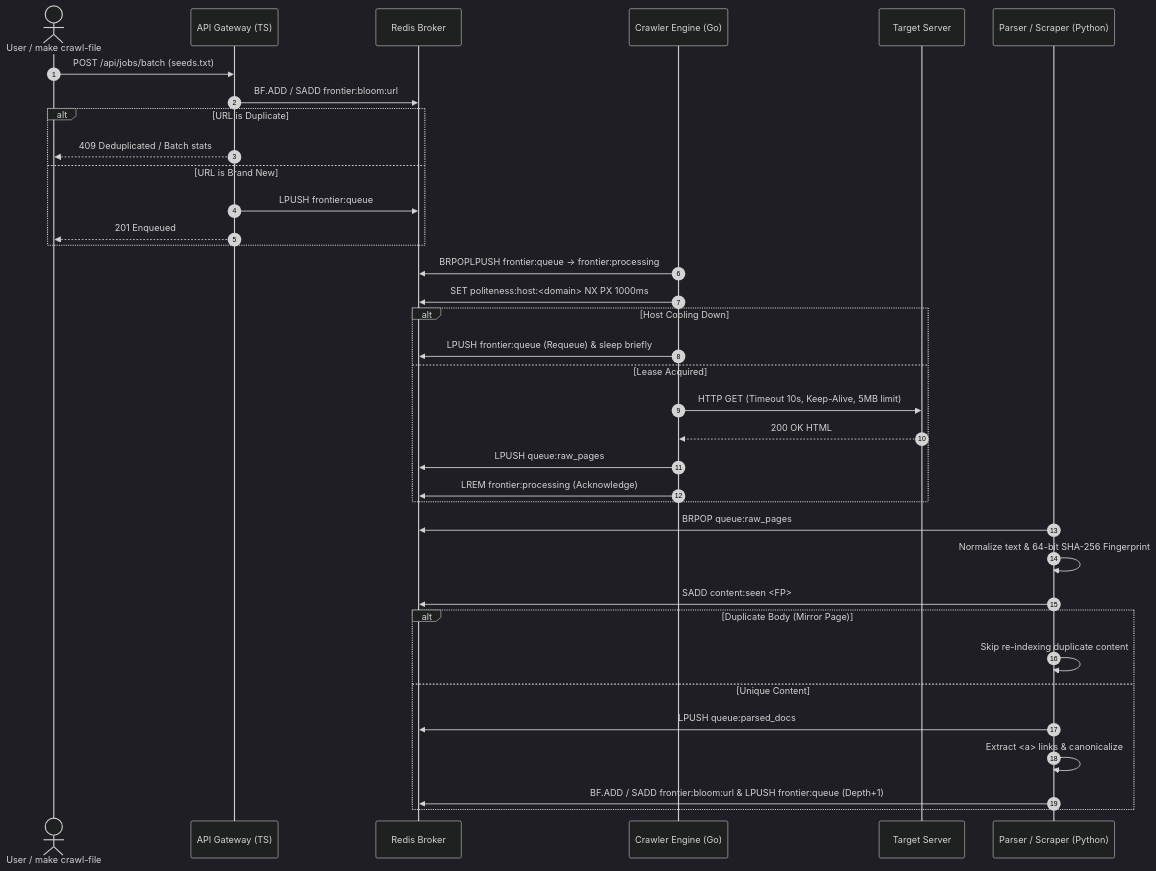
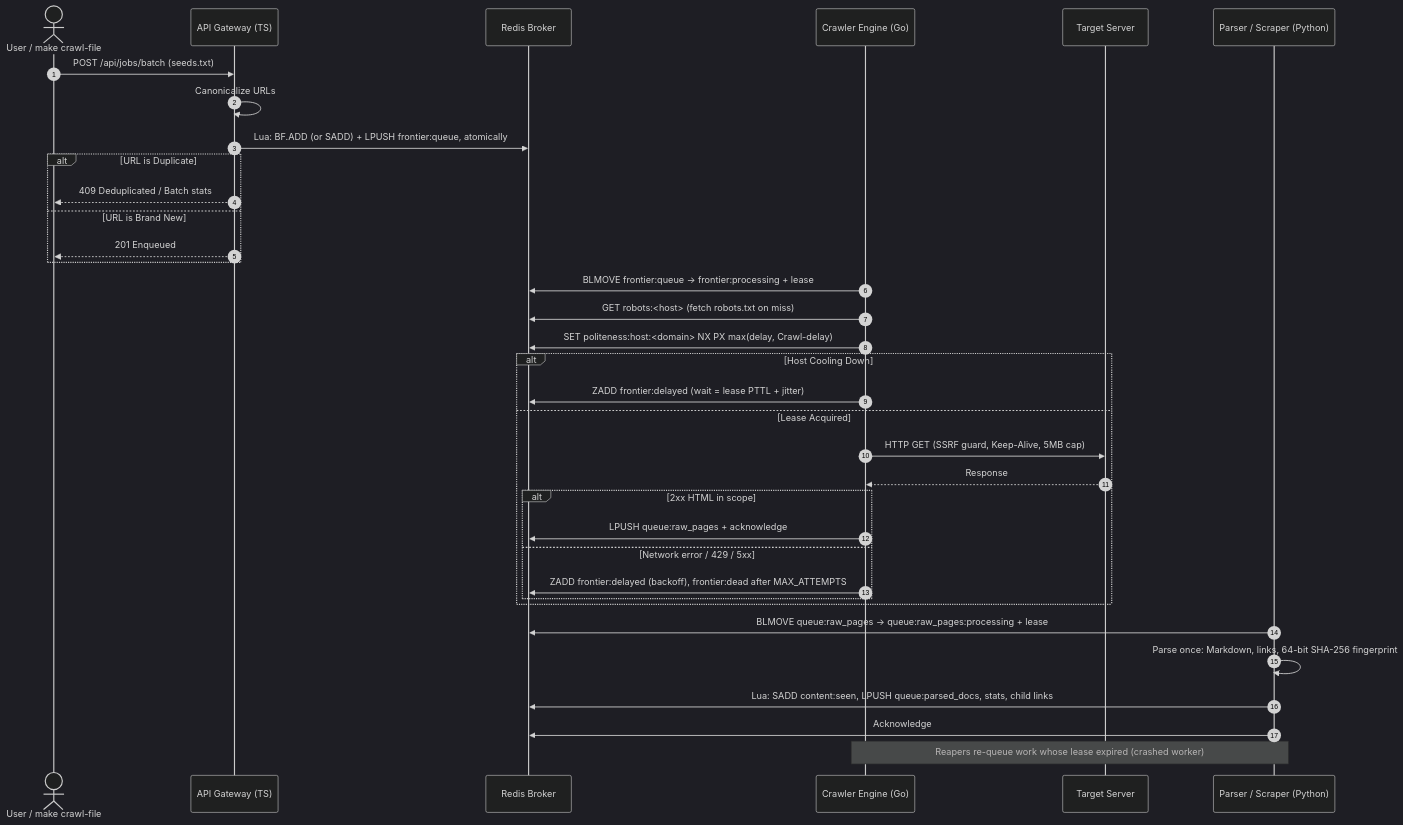
One commit to mahanmntz/webcrawlerhttp changed the second of 2 diagrams in README.md. Above: the diagram before and after it, drawn with Mermaid (dark theme). The commit also changed other lines of this file and 7 other files, not shown here.

Commit message:
chore: Redis image with Bloom support, Dockerfile fixes, TUI metrics, updated docs

````diff
--- a/README.md
+++ b/README.md
@@ -88,41 +88,40 @@
 ```mermaid
 sequenceDiagram
     autonumber
     actor User as User / make crawl-file
     participant Gateway as API Gateway (TS)
     participant Redis as Redis Broker
     participant Go as Crawler Engine (Go)
     participant Web as Target Server
     participant Py as Parser / Scraper (Python)
 
     User->>Gateway: POST /api/jobs/batch (seeds.txt)
-    Gateway->>Redis: BF.ADD / SADD frontier:bloom:url
+    Gateway->>Gateway: Canonicalize URLs
+    Gateway->>Redis: Lua: BF.ADD (or SADD) + LPUSH frontier:queue, atomically
     alt URL is Duplicate
         Gateway-->>User: 409 Deduplicated / Batch stats
     else URL is Brand New
-        Gateway->>Redis: LPUSH frontier:queue
         Gateway-->>User: 201 Enqueued
     end
 
-    Go->>Redis: BRPOPLPUSH frontier:queue -> frontier:processing
-    Go->>Redis: SET politeness:host:<domain> NX PX 1000ms
+    Go->>Redis: BLMOVE frontier:queue -> frontier:processing + lease
+    Go->>Redis: GET robots:<host> (fetch robots.txt on miss)
+    Go->>Redis: SET politeness:host:<domain> NX PX max(delay, Crawl-delay)
     alt Host Cooling Down
-        Go->>Redis: LPUSH frontier:queue (Requeue) & sleep briefly
+        Go->>Redis: ZADD frontier:delayed (wait = lease PTTL + jitter)
     else Lease Acquired
-        Go->>Web: HTTP GET (Timeout 10s, Keep-Alive, 5MB limit)
-        Web-->>Go: 200 OK HTML
-        Go->>Redis: LPUSH queue:raw_pages
-        Go->>Redis: LREM frontier:processing (Acknowledge)
+        Go->>Web: HTTP GET (SSRF guard, Keep-Alive, 5MB cap)
+        Web-->>Go: Response
+        alt 2xx HTML in scope
+            Go->>Redis: LPUSH queue:raw_pages + acknowledge
+        else Network error / 429 / 5xx
+            Go->>Redis: ZADD frontier:delayed (backoff), frontier:dead after MAX_ATTEMPTS
+        end
     end
 
-    Py->>Redis: BRPOP queue:raw_pages
-    Py->>Py: Normalize text & 64-bit SHA-256 Fingerprint
-    Py->>Redis: SADD content:seen <FP>
-    alt Duplicate Body (Mirror Page)
-        Py->>Py: Skip re-indexing duplicate content
-    else Unique Content
-        Py->>Redis: LPUSH queue:parsed_docs
-        Py->>Py: Extract <a> links & canonicalize
-        Py->>Redis: BF.ADD / SADD frontier:bloom:url & LPUSH frontier:queue (Depth+1)
-    end
+    Py->>Redis: BLMOVE queue:raw_pages -> queue:raw_pages:processing + lease
+    Py->>Py: Parse once: Markdown, links, 64-bit SHA-256 fingerprint
+    Py->>Redis: Lua: SADD content:seen, LPUSH queue:parsed_docs, stats, child links
+    Py->>Redis: Acknowledge
+    Note over Go,Py: Reapers re-queue work whose lease expired (crashed worker)
 ```
````
